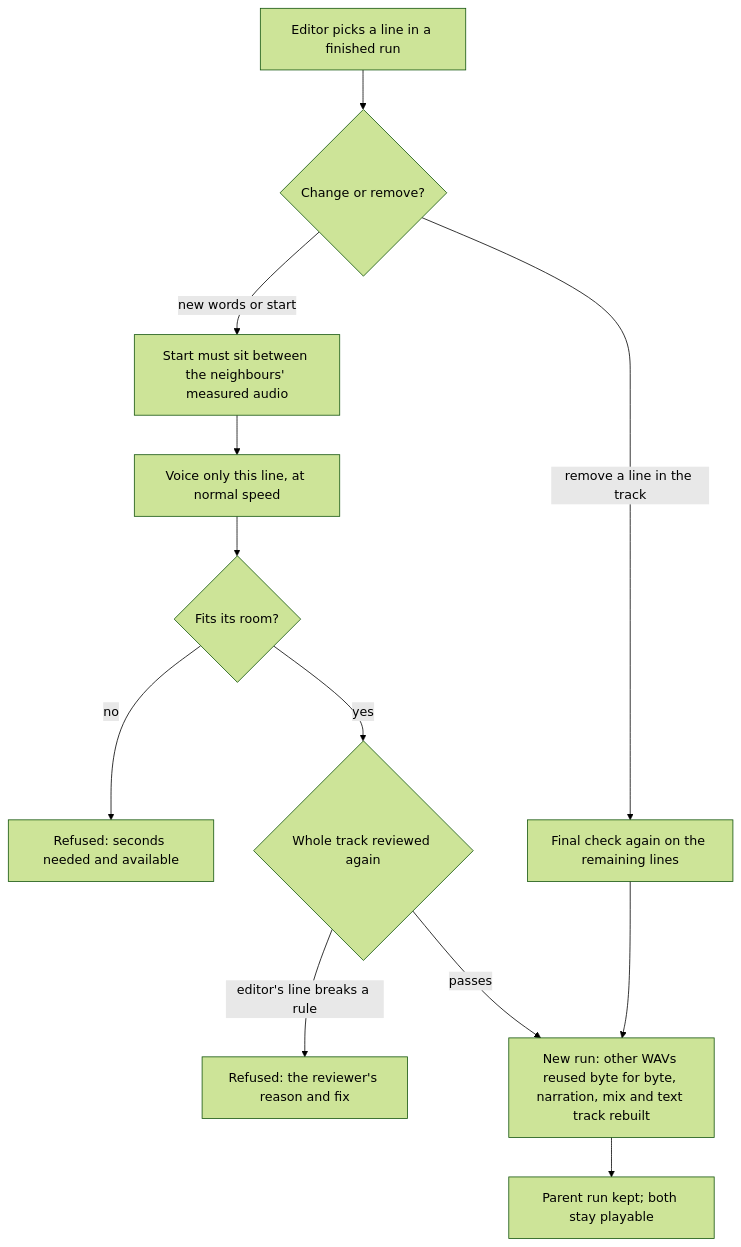
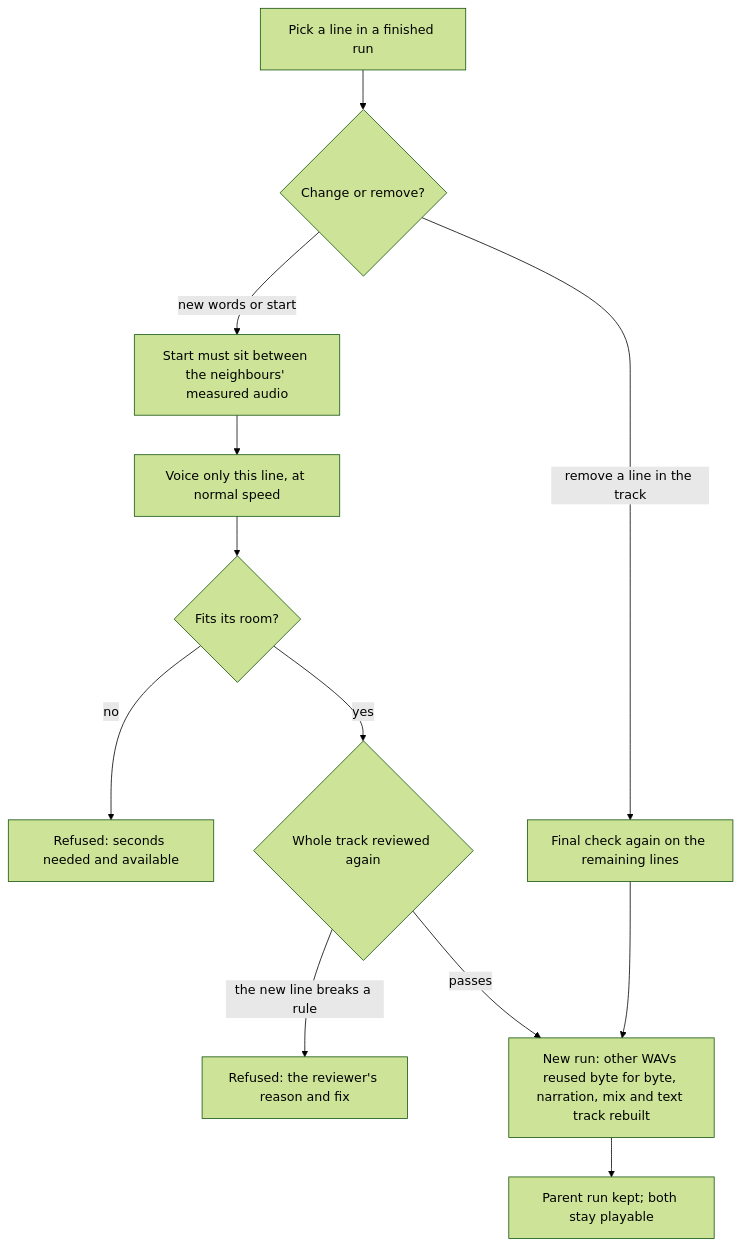
The third of 3 diagrams in docs/ARCHITECTURE.md (emforce77/gapline), drawn with Mermaid (forest theme) before and after one commit. The commit also changed other lines of this file and 3 other files, not shown here.

````diff
--- a/docs/ARCHITECTURE.md
+++ b/docs/ARCHITECTURE.md
@@ -175,14 +174,14 @@
 ```mermaid
 flowchart TD
-  pick["Editor picks a line in a finished run"] --> kind{"Change or remove?"}
+  pick["Pick a line in a finished run"] --> kind{"Change or remove?"}
   kind -->|"new words or start"| bounds["Start must sit between the neighbours' measured audio"]
   bounds --> voice["Voice only this line, at normal speed"]
   voice --> fits{"Fits its room?"}
   fits -->|"no"| refuse["Refused: seconds needed and available"]
   fits -->|"yes"| review{"Whole track reviewed again"}
-  review -->|"editor's line breaks a rule"| refuse2["Refused: the reviewer's reason and fix"]
+  review -->|"the new line breaks a rule"| refuse2["Refused: the reviewer's reason and fix"]
   review -->|"passes"| rebuild
   kind -->|"remove a line in the track"| audit["Final check again on the remaining lines"]
   audit --> rebuild["New run: other WAVs reused byte for byte, narration, mix and text track rebuilt"]
   rebuild --> kept["Parent run kept; both stay playable"]
 ```
````
